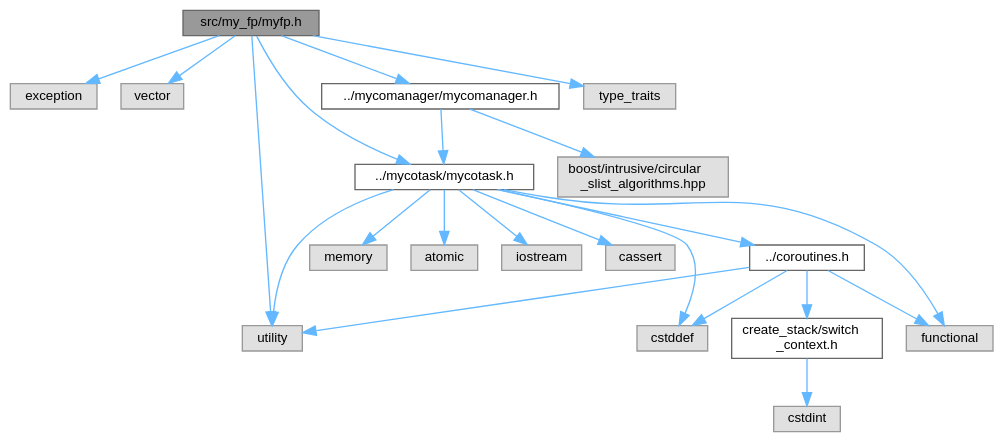
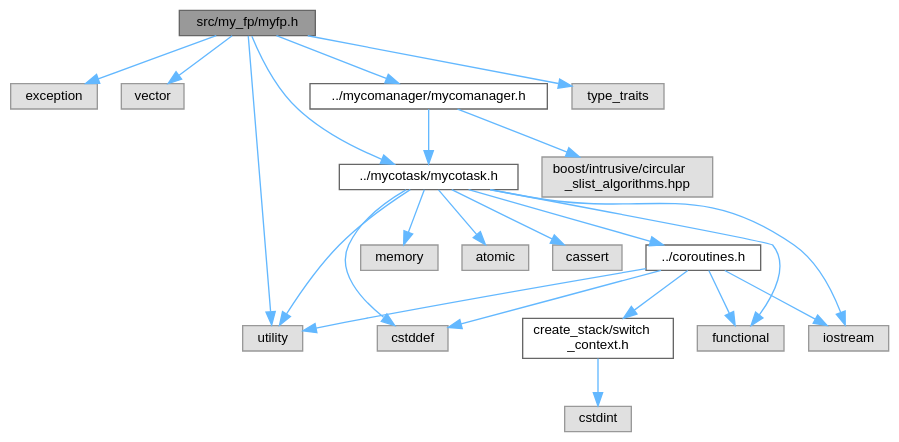
Before and after one commit to lalkaman1981/coroutins: the diagram in myfp_8h__incl.dot, drawn with Graphviz. The commit also changed 16 other files, not shown here.

```diff
--- a/myfp_8h__incl.dot
+++ b/myfp_8h__incl.dot
@@ -1,45 +1,46 @@
 digraph "src/my_fp/myfp.h"
 {
  // LATEX_PDF_SIZE
   bgcolor="transparent";
   edge [fontname=Helvetica,fontsize=10,labelfontname=Helvetica,labelfontsize=10];
   node [fontname=Helvetica,fontsize=10,shape=box,height=0.2,width=0.4];
   Node1 [id="Node000001",label="src/my_fp/myfp.h",height=0.2,width=0.4,color="gray40", fillcolor="grey60", style="filled", fontcolor="black",tooltip="Promise/Future pattern implementation for coroutines."];
   Node1 -> Node2 [id="edge1_Node000001_Node000002",color="steelblue1",style="solid",tooltip=" "];
   Node2 [id="Node000002",label="exception",height=0.2,width=0.4,color="grey60", fillcolor="#E0E0E0", style="filled",tooltip=" "];
   Node1 -> Node3 [id="edge2_Node000001_Node000003",color="steelblue1",style="solid",tooltip=" "];
   Node3 [id="Node000003",label="vector",height=0.2,width=0.4,color="grey60", fillcolor="#E0E0E0", style="filled",tooltip=" "];
   Node1 -> Node4 [id="edge3_Node000001_Node000004",color="steelblue1",style="solid",tooltip=" "];
   Node4 [id="Node000004",label="utility",height=0.2,width=0.4,color="grey60", fillcolor="#E0E0E0", style="filled",tooltip=" "];
   Node1 -> Node5 [id="edge4_Node000001_Node000005",color="steelblue1",style="solid",tooltip=" "];
   Node5 [id="Node000005",label="type_traits",height=0.2,width=0.4,color="grey60", fillcolor="#E0E0E0", style="filled",tooltip=" "];
   Node1 -> Node6 [id="edge5_Node000001_Node000006",color="steelblue1",style="solid",tooltip=" "];
   Node6 [id="Node000006",label="../mycomanager/mycomanager.h",height=0.2,width=0.4,color="grey40", fillcolor="white", style="filled",URL="$mycomanager_8h.html",tooltip="Coroutine scheduler for managing multiple cooperative tasks."];
   Node6 -> Node7 [id="edge6_Node000006_Node000007",color="steelblue1",style="solid",tooltip=" "];
   Node7 [id="Node000007",label="../mycotask/mycotask.h",height=0.2,width=0.4,color="grey40", fillcolor="white", style="filled",URL="$mycotask_8h.html",tooltip="Stackful coroutine implementation with cooperative multitasking."];
   Node7 -> Node8 [id="edge7_Node000007_Node000008",color="steelblue1",style="solid",tooltip=" "];
   Node8 [id="Node000008",label="cstddef",height=0.2,width=0.4,color="grey60", fillcolor="#E0E0E0", style="filled",tooltip=" "];
   Node7 -> Node9 [id="edge8_Node000007_Node000009",color="steelblue1",style="solid",tooltip=" "];
   Node9 [id="Node000009",label="functional",height=0.2,width=0.4,color="grey60", fillcolor="#E0E0E0", style="filled",tooltip=" "];
   Node7 -> Node10 [id="edge9_Node000007_Node000010",color="steelblue1",style="solid",tooltip=" "];
   Node10 [id="Node000010",label="memory",height=0.2,width=0.4,color="grey60", fillcolor="#E0E0E0", style="filled",tooltip=" "];
   Node7 -> Node11 [id="edge10_Node000007_Node000011",color="steelblue1",style="solid",tooltip=" "];
   Node11 [id="Node000011",label="atomic",height=0.2,width=0.4,color="grey60", fillcolor="#E0E0E0", style="filled",tooltip=" "];
   Node7 -> Node12 [id="edge11_Node000007_Node000012",color="steelblue1",style="solid",tooltip=" "];
   Node12 [id="Node000012",label="../coroutines.h",height=0.2,width=0.4,color="grey40", fillcolor="white", style="filled",URL="$coroutines_8h.html",tooltip="Main coroutine API header."];
   Node12 -> Node8 [id="edge12_Node000012_Node000008",color="steelblue1",style="solid",tooltip=" "];
   Node12 -> Node9 [id="edge13_Node000012_Node000009",color="steelblue1",style="solid",tooltip=" "];
   Node12 -> Node4 [id="edge14_Node000012_Node000004",color="steelblue1",style="solid",tooltip=" "];
   Node12 -> Node13 [id="edge15_Node000012_Node000013",color="steelblue1",style="solid",tooltip=" "];
-  Node13 [id="Node000013",label="create_stack/switch\l_context.h",height=0.2,width=0.4,color="grey40", fillcolor="white", style="filled",URL="$switch__context_8h.html",tooltip="Core data structures for coroutine context switching."];
-  Node13 -> Node14 [id="edge16_Node000013_Node000014",color="steelblue1",style="solid",tooltip=" "];
-  Node14 [id="Node000014",label="cstdint",height=0.2,width=0.4,color="grey60", fillcolor="#E0E0E0", style="filled",tooltip=" "];
-  Node7 -> Node15 [id="edge17_Node000007_Node000015",color="steelblue1",style="solid",tooltip=" "];
-  Node15 [id="Node000015",label="iostream",height=0.2,width=0.4,color="grey60", fillcolor="#E0E0E0", style="filled",tooltip=" "];
-  Node7 -> Node4 [id="edge18_Node000007_Node000004",color="steelblue1",style="solid",tooltip=" "];
-  Node7 -> Node16 [id="edge19_Node000007_Node000016",color="steelblue1",style="solid",tooltip=" "];
+  Node13 [id="Node000013",label="iostream",height=0.2,width=0.4,color="grey60", fillcolor="#E0E0E0", style="filled",tooltip=" "];
+  Node12 -> Node14 [id="edge16_Node000012_Node000014",color="steelblue1",style="solid",tooltip=" "];
+  Node14 [id="Node000014",label="create_stack/switch\l_context.h",height=0.2,width=0.4,color="grey40", fillcolor="white", style="filled",URL="$switch__context_8h.html",tooltip="Core data structures for coroutine context switching."];
+  Node14 -> Node15 [id="edge17_Node000014_Node000015",color="steelblue1",style="solid",tooltip=" "];
+  Node15 [id="Node000015",label="cstdint",height=0.2,width=0.4,color="grey60", fillcolor="#E0E0E0", style="filled",tooltip=" "];
+  Node7 -> Node13 [id="edge18_Node000007_Node000013",color="steelblue1",style="solid",tooltip=" "];
+  Node7 -> Node4 [id="edge19_Node000007_Node000004",color="steelblue1",style="solid",tooltip=" "];
+  Node7 -> Node16 [id="edge20_Node000007_Node000016",color="steelblue1",style="solid",tooltip=" "];
   Node16 [id="Node000016",label="cassert",height=0.2,width=0.4,color="grey60", fillcolor="#E0E0E0", style="filled",tooltip=" "];
-  Node6 -> Node17 [id="edge20_Node000006_Node000017",color="steelblue1",style="solid",tooltip=" "];
+  Node6 -> Node17 [id="edge21_Node000006_Node000017",color="steelblue1",style="solid",tooltip=" "];
   Node17 [id="Node000017",label="boost/intrusive/circular\l_slist_algorithms.hpp",height=0.2,width=0.4,color="grey60", fillcolor="#E0E0E0", style="filled",tooltip=" "];
-  Node1 -> Node7 [id="edge21_Node000001_Node000007",color="steelblue1",style="solid",tooltip=" "];
+  Node1 -> Node7 [id="edge22_Node000001_Node000007",color="steelblue1",style="solid",tooltip=" "];
 }
```
